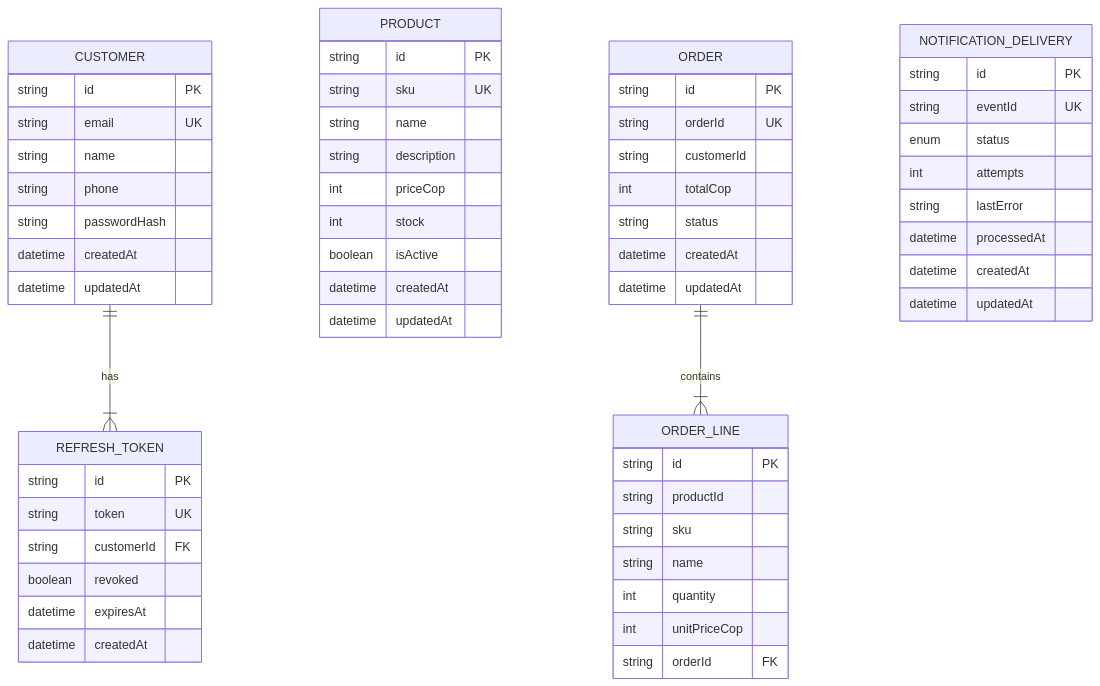
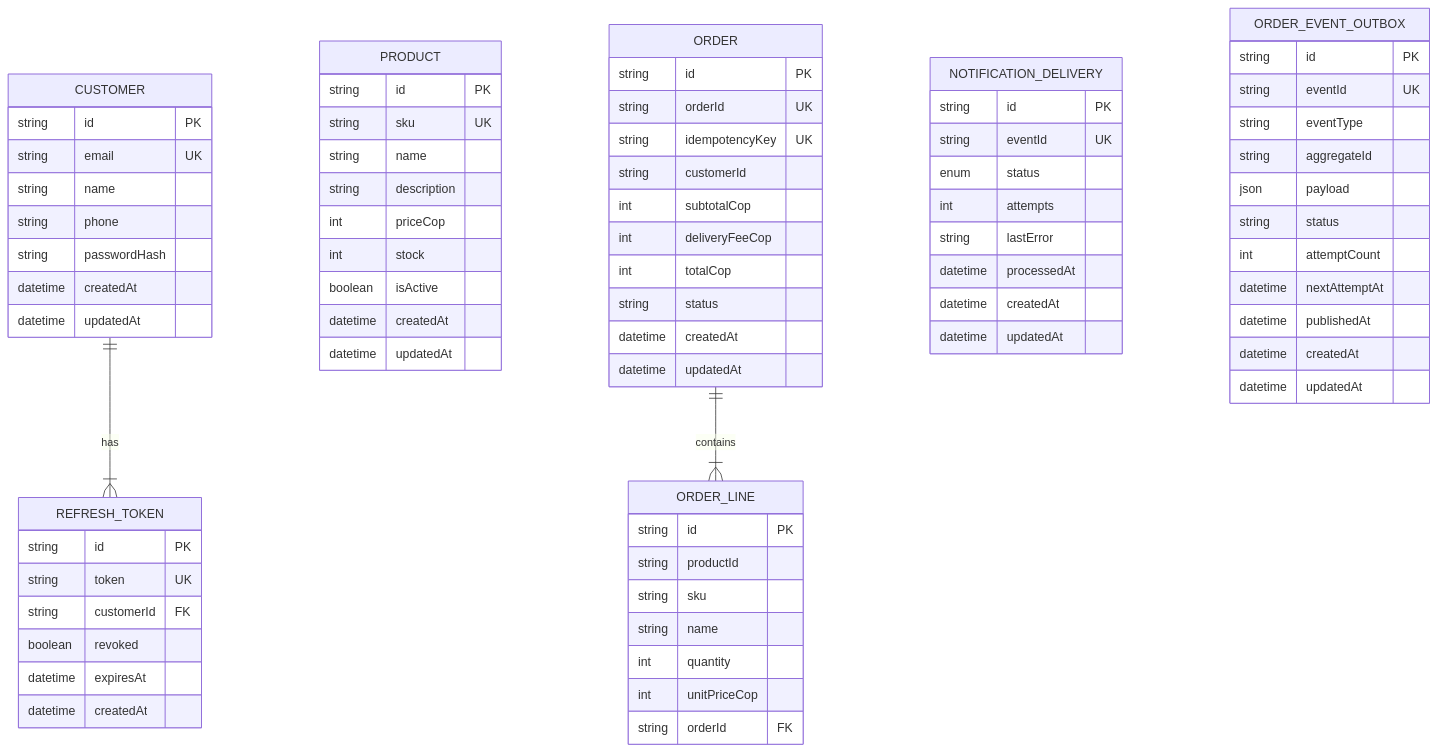
The sixth of 10 diagrams in docs/wiki/architecture-overview.md (HectorARiascosI/mileshop-platform), drawn with Mermaid before and after one commit. The commit also changed other lines of this file and 56 other files, not shown here.

````diff
--- a/docs/wiki/architecture-overview.md
+++ b/docs/wiki/architecture-overview.md
@@ -183,61 +192,77 @@
 ```mermaid
 erDiagram
     CUSTOMER {
         string id PK
         string email UK
         string name
         string phone
         string passwordHash
         datetime createdAt
         datetime updatedAt
     }
     REFRESH_TOKEN {
         string id PK
         string token UK
         string customerId FK
         boolean revoked
         datetime expiresAt
         datetime createdAt
     }
     PRODUCT {
         string id PK
         string sku UK
         string name
         string description
         int priceCop
         int stock
         boolean isActive
         datetime createdAt
         datetime updatedAt
     }
     ORDER {
         string id PK
         string orderId UK
+        string idempotencyKey UK
         string customerId
+        int subtotalCop
+        int deliveryFeeCop
         int totalCop
         string status
         datetime createdAt
         datetime updatedAt
     }
     ORDER_LINE {
         string id PK
         string productId
         string sku
         string name
         int quantity
         int unitPriceCop
         string orderId FK
     }
     NOTIFICATION_DELIVERY {
         string id PK
         string eventId UK
         enum status
         int attempts
         string lastError
         datetime processedAt
         datetime createdAt
         datetime updatedAt
     }
+    ORDER_EVENT_OUTBOX {
+        string id PK
+        string eventId UK
+        string eventType
+        string aggregateId
+        json payload
+        string status
+        int attemptCount
+        datetime nextAttemptAt
+        datetime publishedAt
+        datetime createdAt
+        datetime updatedAt
+    }
     CUSTOMER ||--|{ REFRESH_TOKEN : has
     ORDER ||--|{ ORDER_LINE : contains
 ```
````
